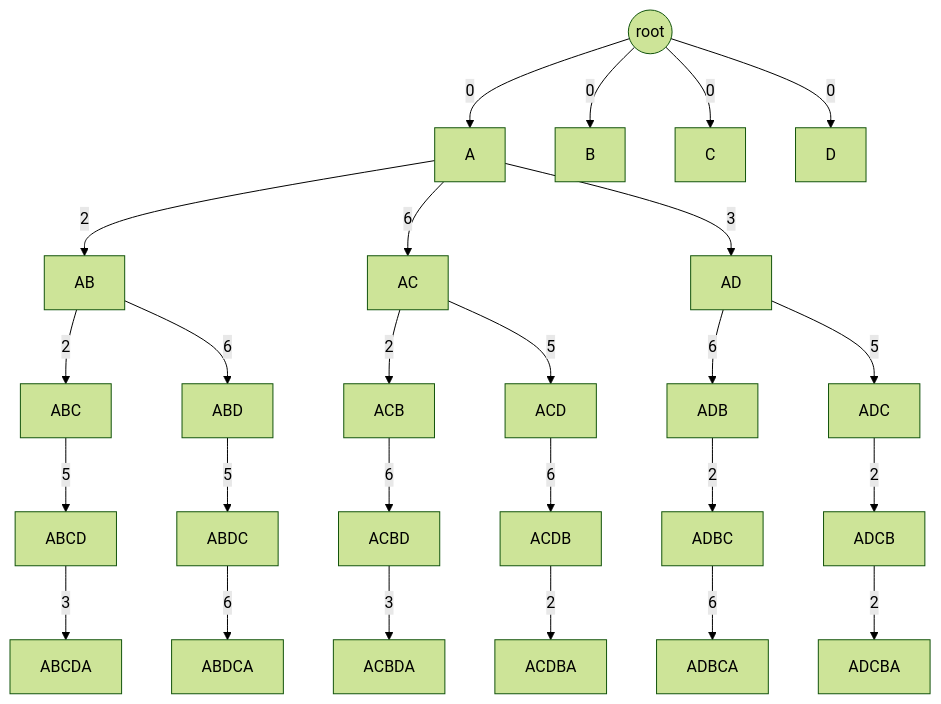
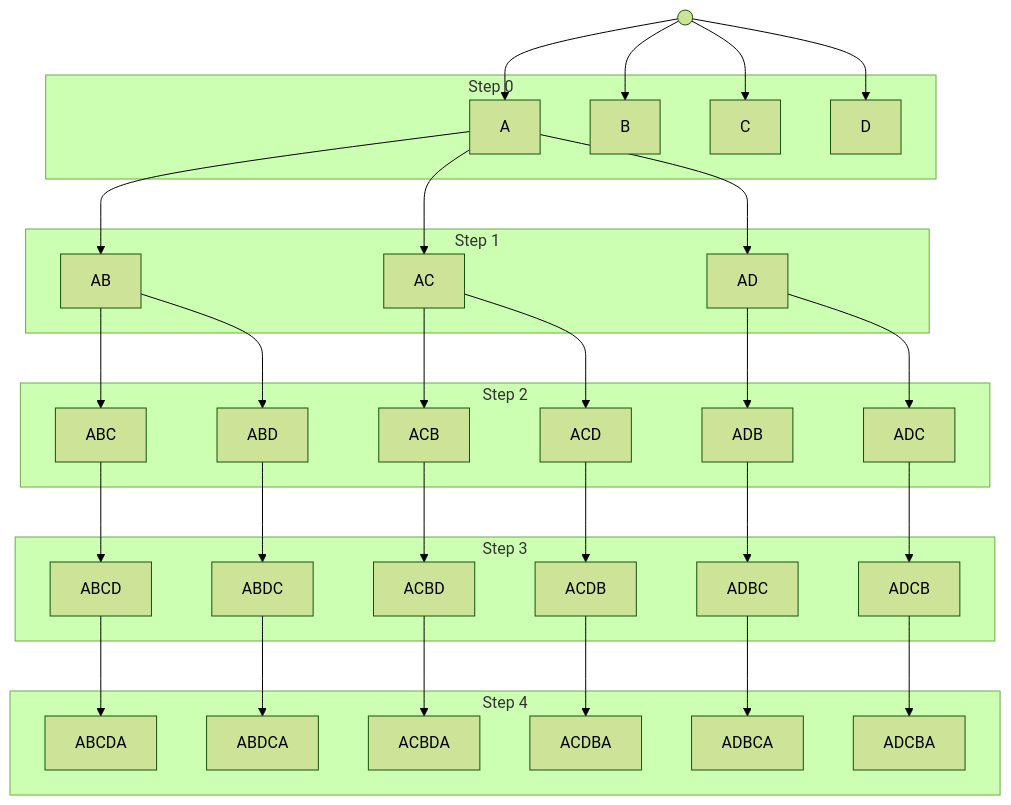
The diagram in content/CSCI 4511W/Homework/Homework 1.md (jsilus/class-notes), drawn with Mermaid (forest theme) before and after one commit. The commit also changed other lines of this file, not shown here.

Commit message:
Quartz sync: Jan 30, 2024, 11:26 AM

````diff
--- a/content/CSCI 4511W/Homework/Homework 1.md
+++ b/content/CSCI 4511W/Homework/Homework 1.md
@@ -9,29 +19,69 @@
 ```mermaid
 flowchart
-root((root))
-root -->|0| A
-	A -->|2| AB
-		AB -->|2| ABC
-			ABC -->|5| ABCD
-				ABCD -->|3| ABCDA
-		AB -->|6| ABD
-			ABD -->|5| ABDC
-				ABDC -->|6| ABDCA
-	A -->|6| AC
-		AC -->|2| ACB
-			ACB -->|6| ACBD
-				ACBD -->|3| ACBDA
-		AC -->|5| ACD
-			ACD -->|6| ACDB
-				ACDB -->|2| ACDBA
-	A -->|3| AD
-		AD -->|6| ADB
-			ADB -->|2| ADBC
-				ADBC -->|6| ADBCA
-		AD -->|5| ADC
-			ADC -->|2| ADCB
-				ADCB -->|2| ADCBA
-root -->|0| B
-root -->|0| C
-root -->|0| D
+root(( ))
+root --> A
+	A --> AB
+		AB --> ABC
+			ABC --> ABCD
+				ABCD --> ABCDA
+		AB --> ABD
+			ABD --> ABDC
+				ABDC --> ABDCA
+	A --> AC
+		AC --> ACB
+			ACB --> ACBD
+				ACBD --> ACBDA
+		AC --> ACD
+			ACD --> ACDB
+				ACDB --> ACDBA
+	A --> AD
+		AD --> ADB
+			ADB --> ADBC
+				ADBC --> ADBCA
+		AD --> ADC
+			ADC --> ADCB
+				ADCB --> ADCBA
+root --> B
+root --> C
+root --> D
+
+subgraph Step 0
+A
+B
+C
+D
+end
+
+subgraph Step 1
+AB
+AC
+AD
+end
+
+subgraph Step 2
+ABC
+ABD
+ACB
+ACD
+ADB
+ADC
+end
+
+subgraph Step 3
+ABCD
+ABDC
+ACBD
+ACDB
+ADBC
+ADCB
+end
+
+subgraph Step 4
+ABCDA
+ABDCA
+ACBDA
+ACDBA
+ADBCA
+ADCBA
+end
 ```
````
